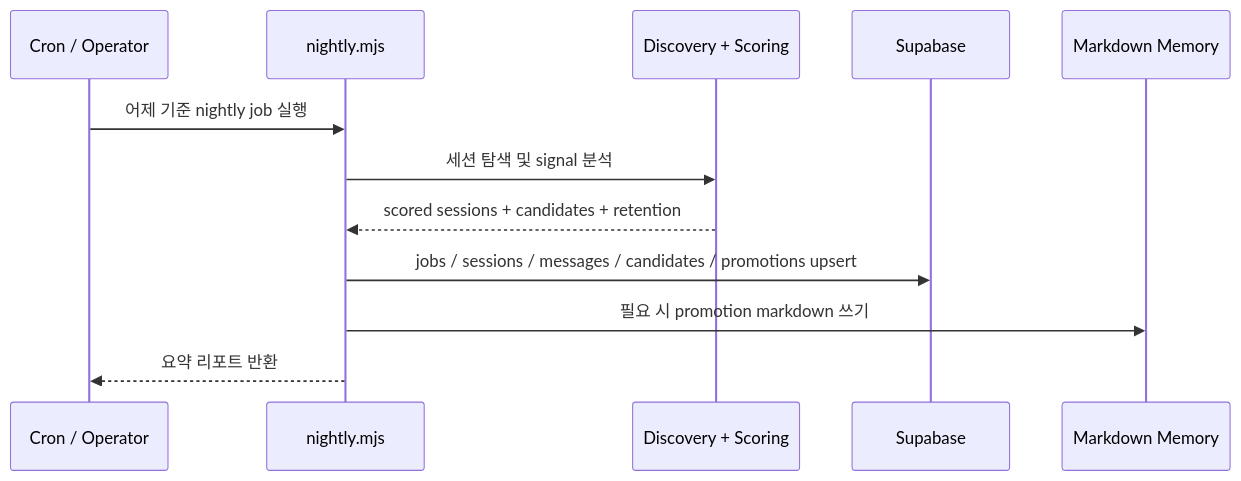
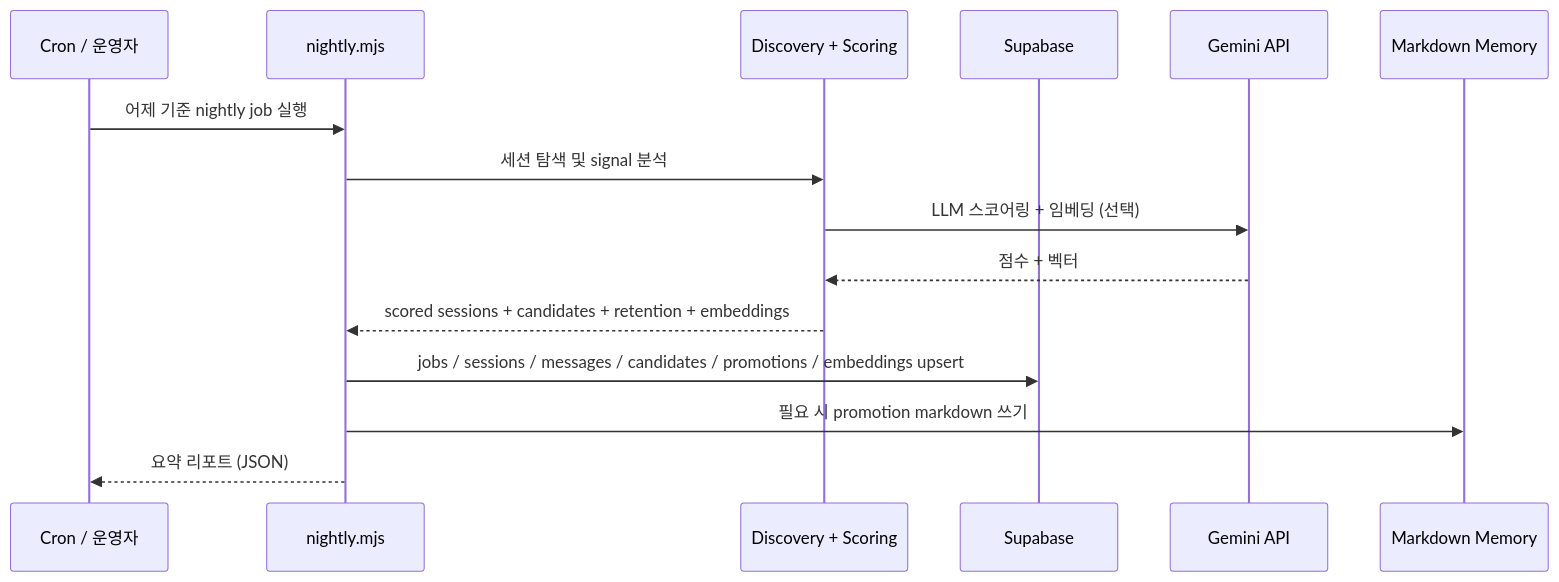
The second of 2 diagrams in README-kr.md (kevin-lim59/05_dream), drawn with Mermaid before and after one commit. The commit also changed other lines of this file and 1 other file, not shown here.

````diff
--- a/README-kr.md
+++ b/README-kr.md
@@ -91,15 +83,18 @@
 ```mermaid
 sequenceDiagram
-    participant C as Cron / Operator
+    participant C as Cron / 운영자
     participant N as nightly.mjs
     participant D as Discovery + Scoring
     participant S as Supabase
+    participant G as Gemini API
     participant M as Markdown Memory
 
     C->>N: 어제 기준 nightly job 실행
     N->>D: 세션 탐색 및 signal 분석
-    D-->>N: scored sessions + candidates + retention
-    N->>S: jobs / sessions / messages / candidates / promotions upsert
+    D->>G: LLM 스코어링 + 임베딩 (선택)
+    G-->>D: 점수 + 벡터
+    D-->>N: scored sessions + candidates + retention + embeddings
+    N->>S: jobs / sessions / messages / candidates / promotions / embeddings upsert
     N->>M: 필요 시 promotion markdown 쓰기
-    N-->>C: 요약 리포트 반환
+    N-->>C: 요약 리포트 (JSON)
 ```
````
